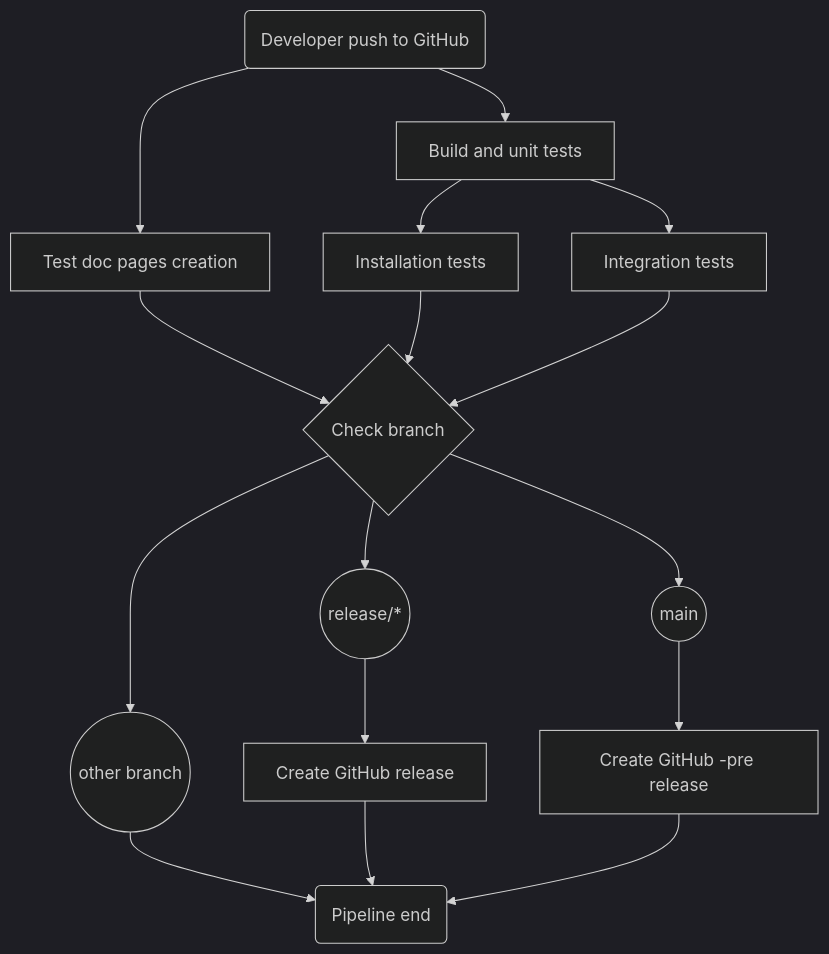
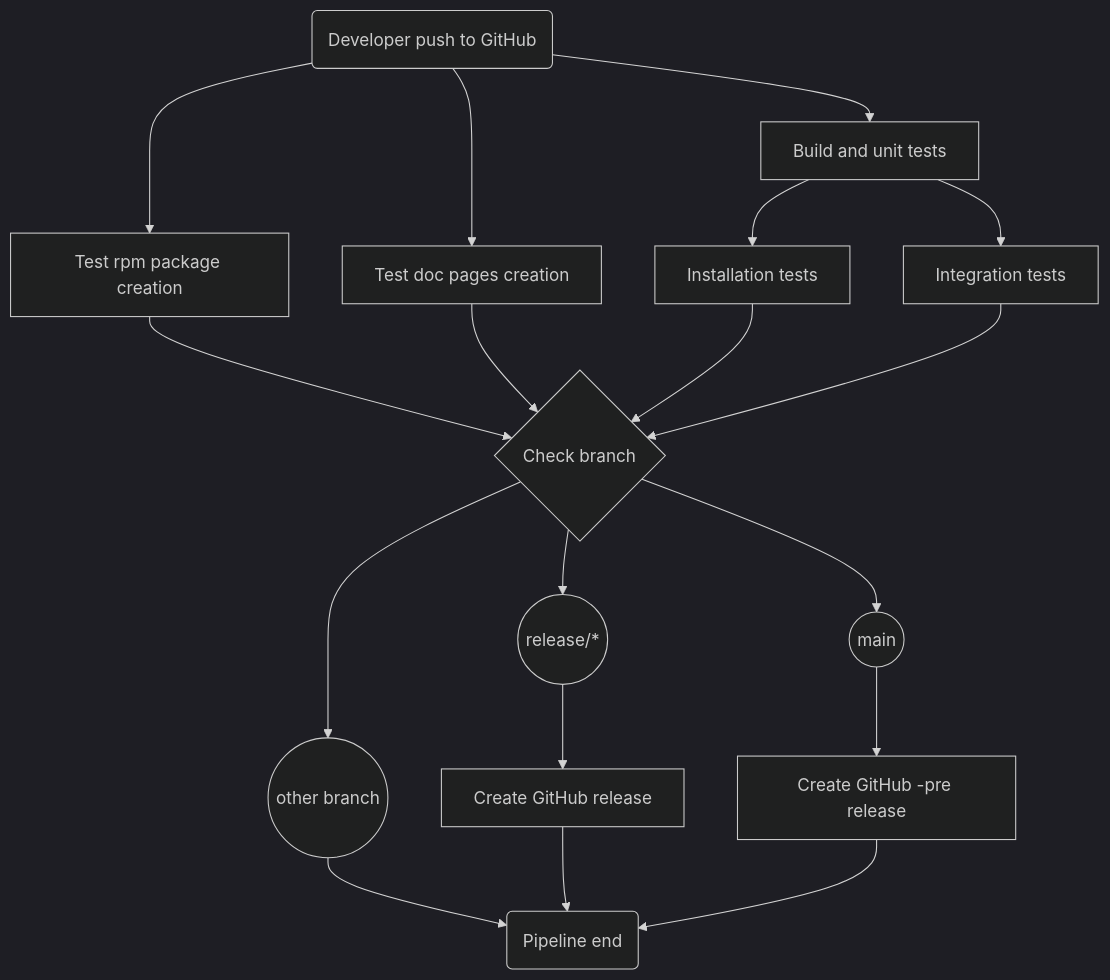
One commit to imker25/samba_exporter changed the first of 2 diagrams in docs/DeveloperDocs/ActionsAndReleases.md. Above: the diagram before and after it, drawn with Mermaid. The commit also changed other lines of this file, not shown here.

````diff
--- a/docs/DeveloperDocs/ActionsAndReleases.md
+++ b/docs/DeveloperDocs/ActionsAndReleases.md
@@ -9,32 +9,36 @@
 ```mermaid
 %%{init: {'theme':'dark'}}%%
 graph TD;
     push(Developer push to GitHub)
     build[Build and unit tests]
     docs[Test doc pages creation]
+    rpm[Test rpm package creation]
     insTest[Installation tests]
     intTest[Integration tests]
     checkBranch{Check branch}
     mainB((main))
     releaseB((release/*))
     otherB((other branch))
     preRel[Create GitHub -pre release]
     releaseP[Create GitHub release]
     done(Pipeline end)
 
     push-->build;
     push-->docs;
+    push-->rpm;
     build-->insTest;
     build-->intTest;
+    
+    rpm-->checkBranch;
     docs-->checkBranch;
     insTest-->checkBranch;
     intTest-->checkBranch;
     checkBranch-->mainB
     checkBranch-->releaseB
     checkBranch-->otherB
     releaseB-->releaseP
     mainB-->preRel
     otherB-->done
     releaseP-->done
     preRel-->done
 ```
````
